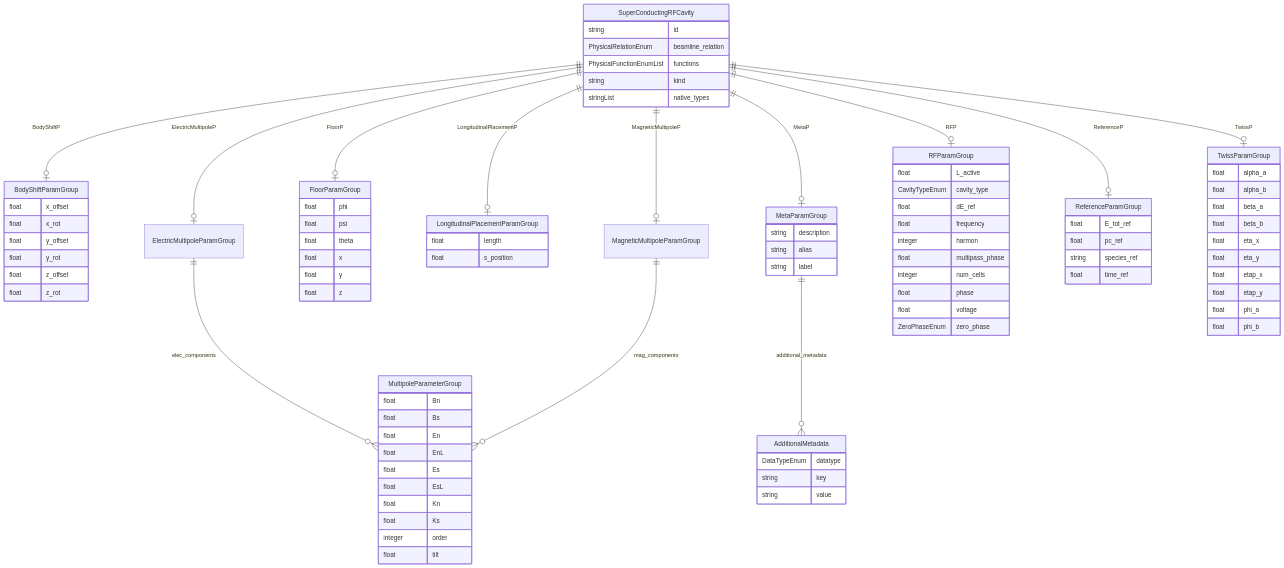
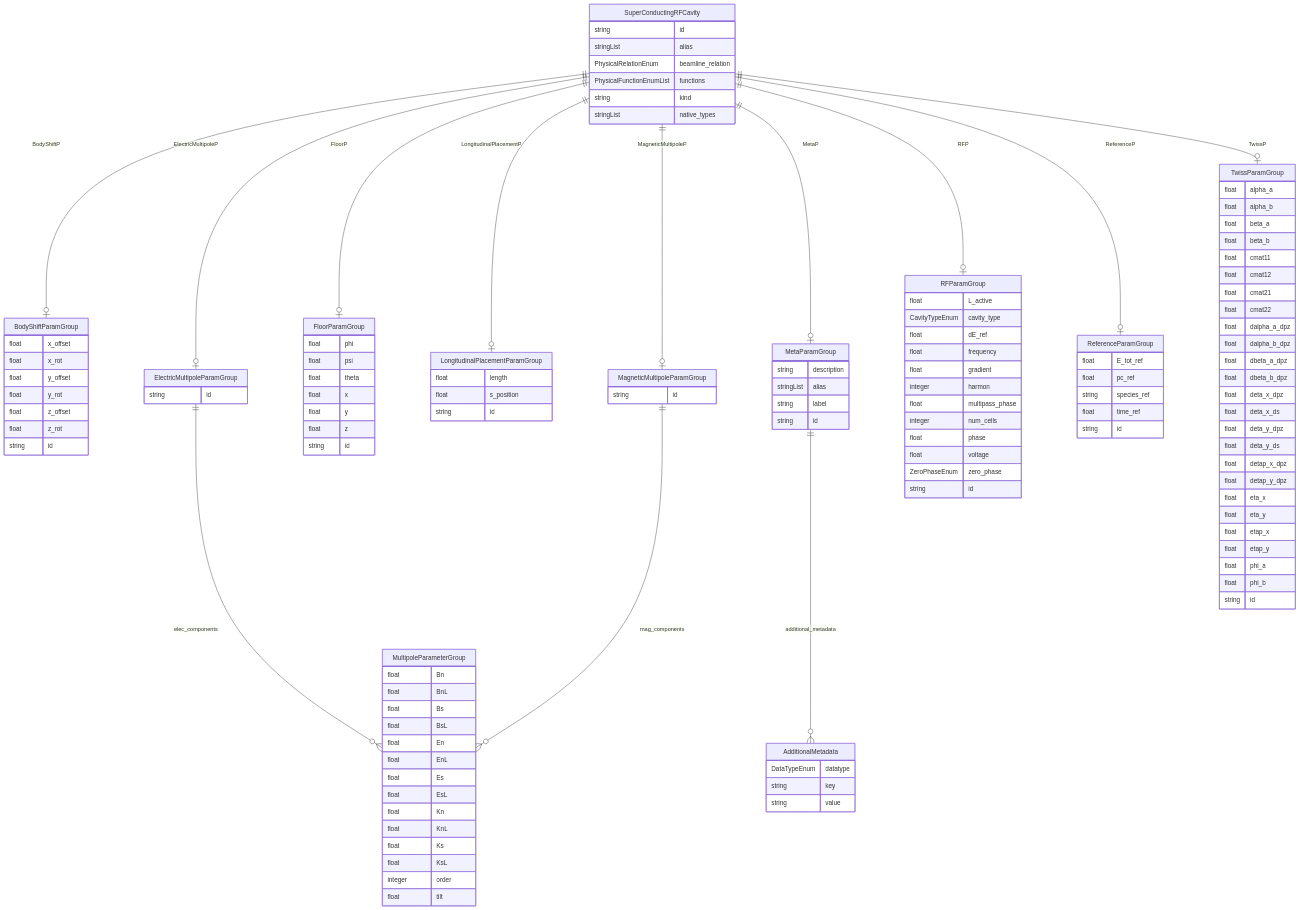
Before and after one commit to pals-project/pals-facility-config: the diagram in docs/elements/classes/SuperConductingRFCavity.md, drawn with Mermaid. The commit also changed other lines of this file and 499 other files, not shown here.

```diff
--- a/docs/elements/classes/SuperConductingRFCavity.md
+++ b/docs/elements/classes/SuperConductingRFCavity.md
@@ -26,9 +26,10 @@
     float y_rot  
     float z_offset  
     float z_rot  
+    string id  
 }
 ElectricMultipoleParamGroup {
-
+    string id  
 }
 FloorParamGroup {
     float phi  
@@ -37,28 +38,35 @@
     float x  
     float y  
     float z  
+    string id  
 }
 LongitudinalPlacementParamGroup {
     float length  
     float s_position  
+    string id  
 }
 MagneticMultipoleParamGroup {
-
+    string id  
 }
 MetaParamGroup {
     string description  
-    string alias  
+    stringList alias  
     string label  
+    string id  
 }
 MultipoleParameterGroup {
     float Bn  
+    float BnL  
     float Bs  
+    float BsL  
     float En  
     float EnL  
     float Es  
     float EsL  
     float Kn  
+    float KnL  
     float Ks  
+    float KsL  
     integer order  
     float tilt  
 }
@@ -67,21 +75,25 @@
     CavityTypeEnum cavity_type  
     float dE_ref  
     float frequency  
+    float gradient  
     integer harmon  
     float multipass_phase  
     integer num_cells  
     float phase  
     float voltage  
     ZeroPhaseEnum zero_phase  
+    string id  
 }
 ReferenceParamGroup {
     float E_tot_ref  
     float pc_ref  
     string species_ref  
     float time_ref  
+    string id  
 }
 SuperConductingRFCavity {
     string id  
+    stringList alias  
     PhysicalRelationEnum beamline_relation  
     PhysicalFunctionEnumList functions  
     string kind  
@@ -92,12 +104,27 @@
     float alpha_b  
     float beta_a  
     float beta_b  
+    float cmat11  
+    float cmat12  
+    float cmat21  
+    float cmat22  
+    float dalpha_a_dpz  
+    float dalpha_b_dpz  
+    float dbeta_a_dpz  
+    float dbeta_b_dpz  
+    float deta_x_dpz  
+    float deta_x_ds  
+    float deta_y_dpz  
+    float deta_y_ds  
+    float detap_x_dpz  
+    float detap_y_dpz  
     float eta_x  
     float eta_y  
     float etap_x  
     float etap_y  
     float phi_a  
     float phi_b  
+    string id  
 }
 
 ElectricMultipoleParamGroup ||--}o MultipoleParameterGroup : "elec_components"
```
